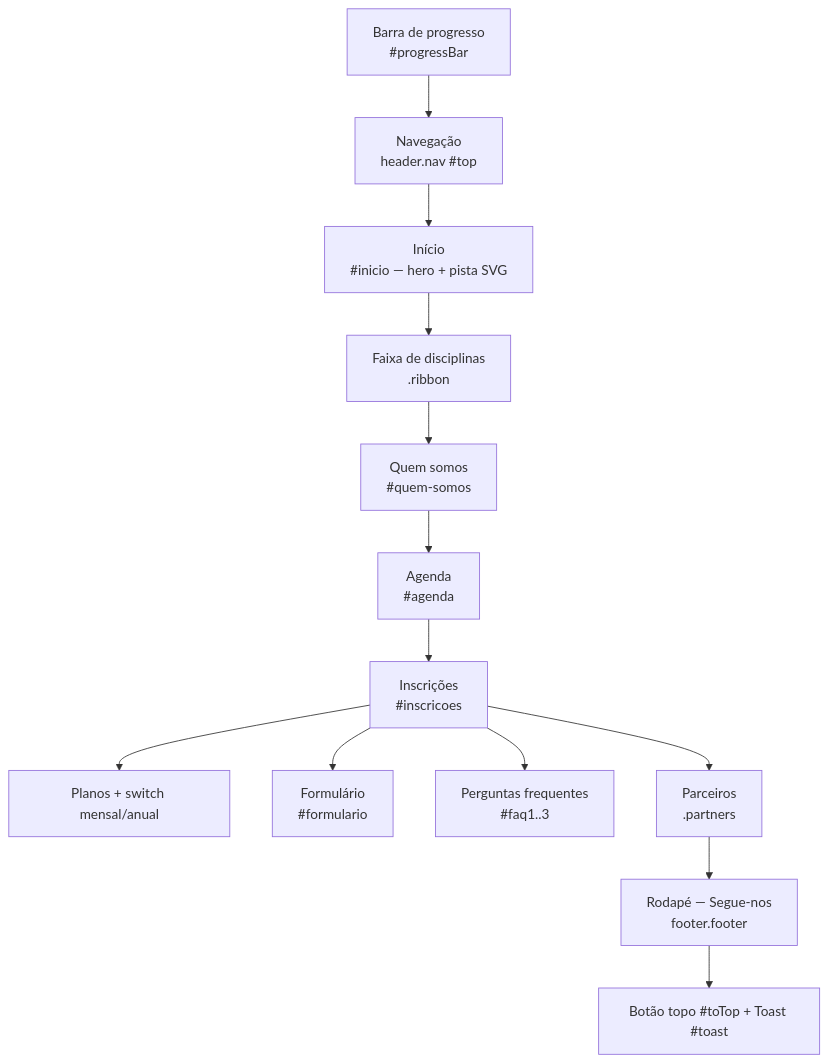
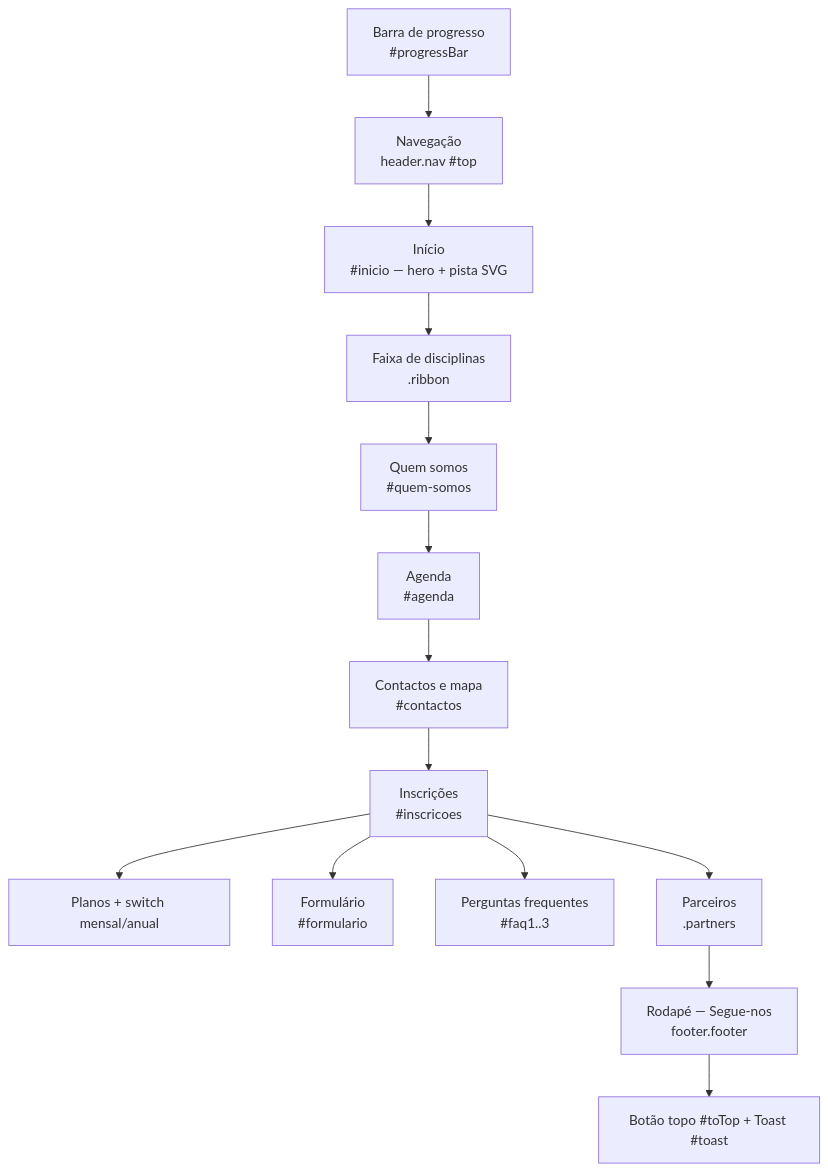
One commit to blaster2000pt/juventudeNavegante changed the diagram in README.md. Above: the diagram before and after it, drawn with Mermaid. The commit also changed other lines of this file and 8 other files, not shown here.

````diff
--- a/README.md
+++ b/README.md
@@ -41,15 +41,16 @@
 ```mermaid
 flowchart TD
     A[Barra de progresso<br/>#progressBar] --> B[Navegação<br/>header.nav #top]
     B --> C[Início<br/>#inicio — hero + pista SVG]
     C --> D[Faixa de disciplinas<br/>.ribbon]
     D --> E[Quem somos<br/>#quem-somos]
     E --> F[Agenda<br/>#agenda]
-    F --> G[Inscrições<br/>#inscricoes]
+    F --> F1[Contactos e mapa<br/>#contactos]
+    F1 --> G[Inscrições<br/>#inscricoes]
     G --> G1[Planos + switch mensal/anual]
     G --> G2[Formulário<br/>#formulario]
     G --> G3[Perguntas frequentes<br/>#faq1..3]
     G --> H[Parceiros<br/>.partners]
     H --> I[Rodapé — Segue-nos<br/>footer.footer]
     I --> J[Botão topo #toTop + Toast #toast]
 ```
````
